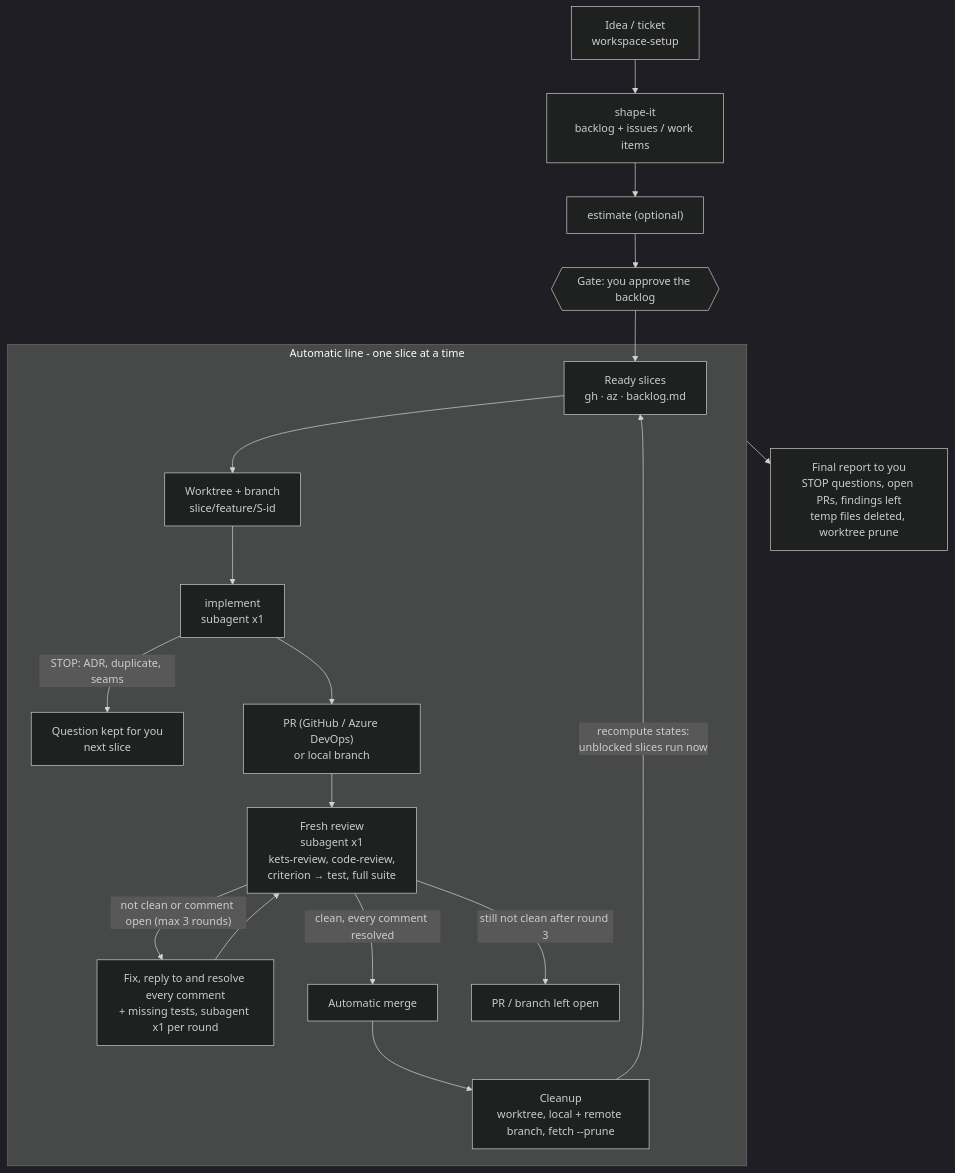
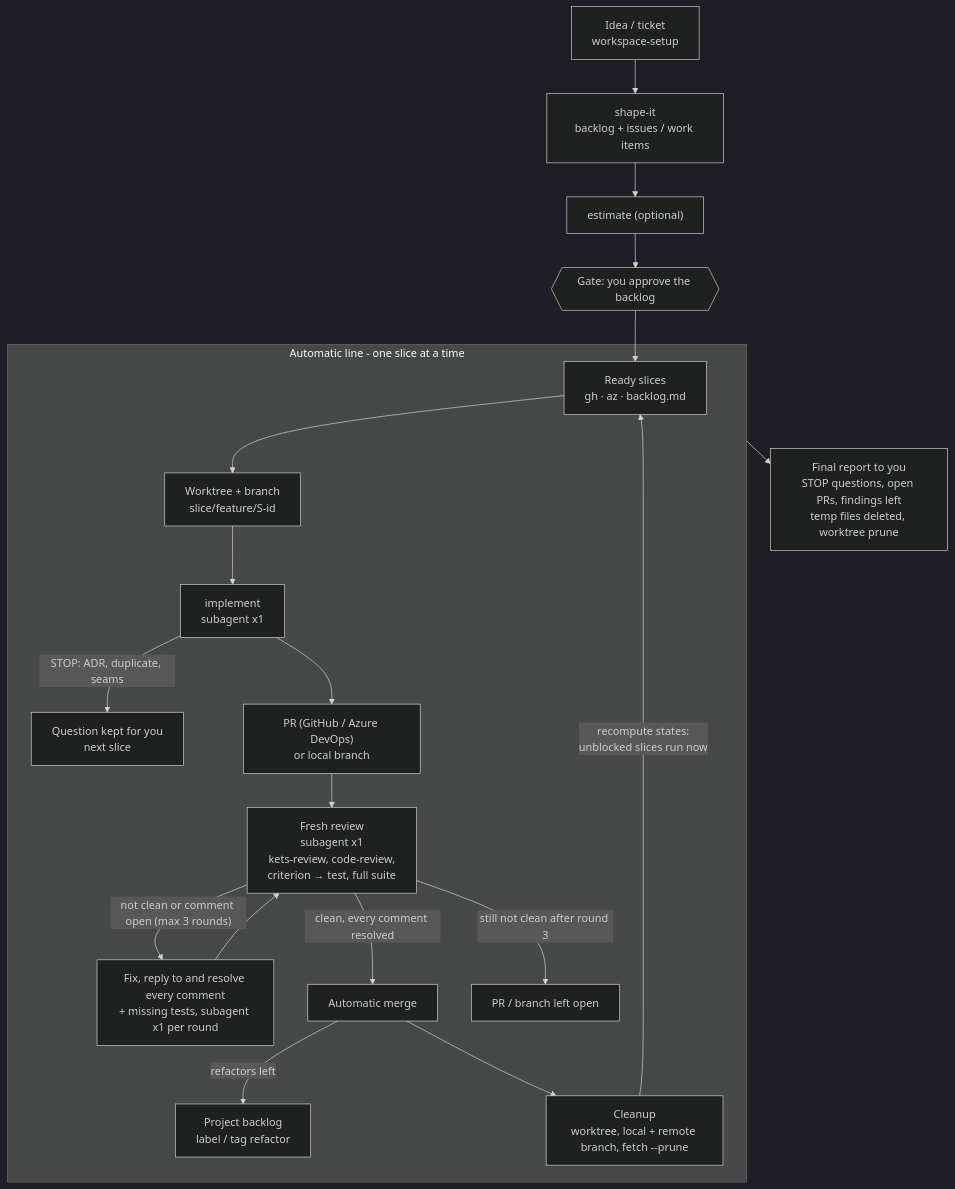
Before and after one commit to mikeleg/skills: the diagram in docs/factory-flow.md, drawn with Mermaid (dark theme). The commit also changed other lines of this file and 2 other files, not shown here.

First line of the commit message:
factory: file leftover refactoring opportunities in the project backlog

````diff
--- a/docs/factory-flow.md
+++ b/docs/factory-flow.md
@@ -5,23 +5,24 @@
 ```mermaid
 flowchart TD
     idea["Idea / ticket<br/>workspace-setup"] --> shape["shape-it<br/>backlog + issues / work items"]
     shape --> est["estimate (optional)"]
     est --> gate{{"Gate: you approve the backlog"}}
 
     subgraph line ["Automatic line - one slice at a time"]
         ready["Ready slices<br/>gh · az · backlog.md"] --> wt["Worktree + branch<br/>slice/feature/S-id"]
         wt --> impl["implement<br/>subagent x1"]
         impl -- "STOP: ADR, duplicate, seams" --> stop["Question kept for you<br/>next slice"]
         impl --> pr["PR (GitHub / Azure DevOps)<br/>or local branch"]
         pr --> review["Fresh review<br/>subagent x1<br/>kets-review, code-review,<br/>criterion → test, full suite"]
         review -- "not clean or comment open (max 3 rounds)" --> fix["Fix, reply to and resolve every comment<br/>+ missing tests, subagent x1 per round"]
         fix --> review
         review -- "clean, every comment resolved" --> merge["Automatic merge"]
+        merge -- "refactors left" --> refac["Project backlog<br/>label / tag refactor"]
         review -- "still not clean after round 3" --> open["PR / branch left open"]
         merge --> clean["Cleanup<br/>worktree, local + remote branch, fetch --prune"]
         clean -- "recompute states:<br/>unblocked slices run now" --> ready
     end
 
     gate --> ready
     line --> report["Final report to you<br/>STOP questions, open PRs, findings left<br/>temp files deleted, worktree prune"]
 ```
````
